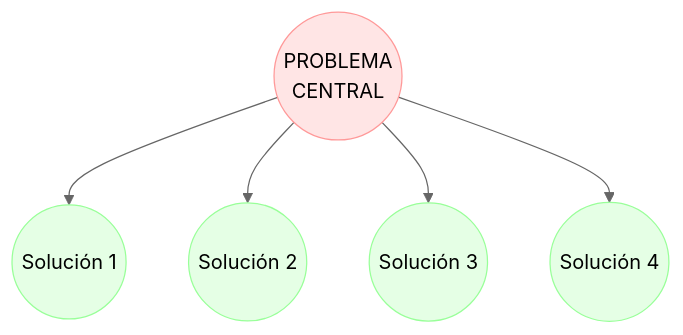
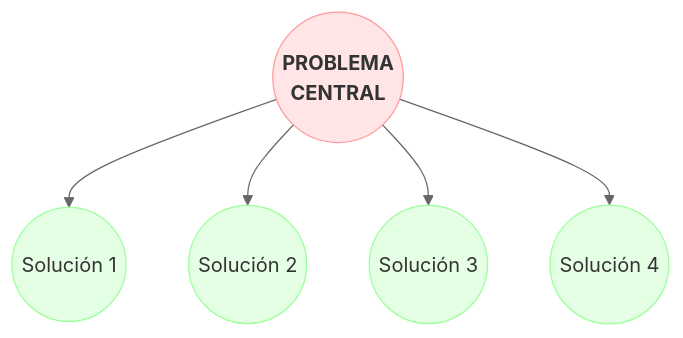
Before and after one commit to nelsondiego/Doc-StartUp-from-Scratch: the second of 2 diagrams in docs/1-Concepcion_y_Validacion/1.1-Encontrar_idea_innovadora.md, drawn with Mermaid (neutral theme). The commit also changed other lines of this file, not shown here.

Commit message:
docs: update mermaid diagram styles in documentation
Add color and font-weight properties to mermaid diagram nodes for better readability

````diff
--- a/docs/1-Concepcion_y_Validacion/1.1-Encontrar_idea_innovadora.md
+++ b/docs/1-Concepcion_y_Validacion/1.1-Encontrar_idea_innovadora.md
@@ -84,12 +84,12 @@
 ```mermaid
 graph TD
     A((PROBLEMA<br>CENTRAL)) --> B((Solución 1))
     A --> C((Solución 2))
     A --> D((Solución 3))
     A --> E((Solución 4))
-    style A fill:#FFE5E5,stroke:#FF9999
-    style B fill:#E5FFE5,stroke:#99FF99
-    style C fill:#E5FFE5,stroke:#99FF99
-    style D fill:#E5FFE5,stroke:#99FF99
-    style E fill:#E5FFE5,stroke:#99FF99
+    style A fill:#FFE5E5,stroke:#FF9999,color:#333333,font-weight:bold
+    style B fill:#E5FFE5,stroke:#99FF99,color:#333333
+    style C fill:#E5FFE5,stroke:#99FF99,color:#333333
+    style D fill:#E5FFE5,stroke:#99FF99,color:#333333
+    style E fill:#E5FFE5,stroke:#99FF99,color:#333333
 ```
````
